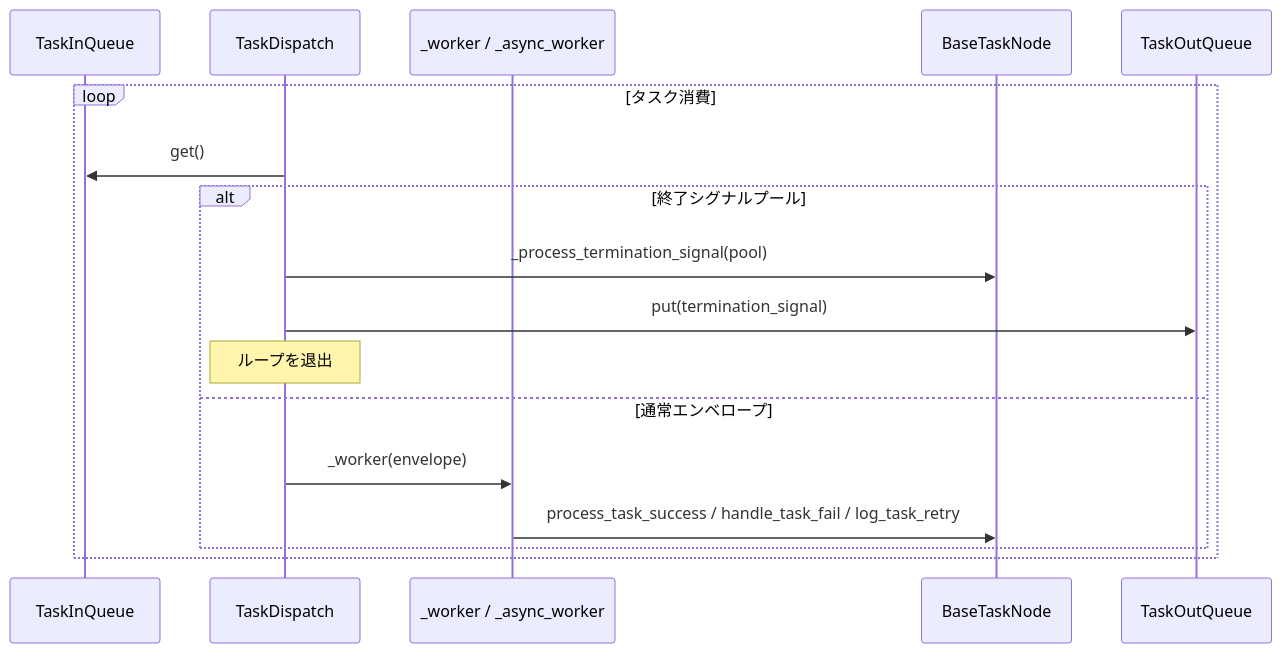
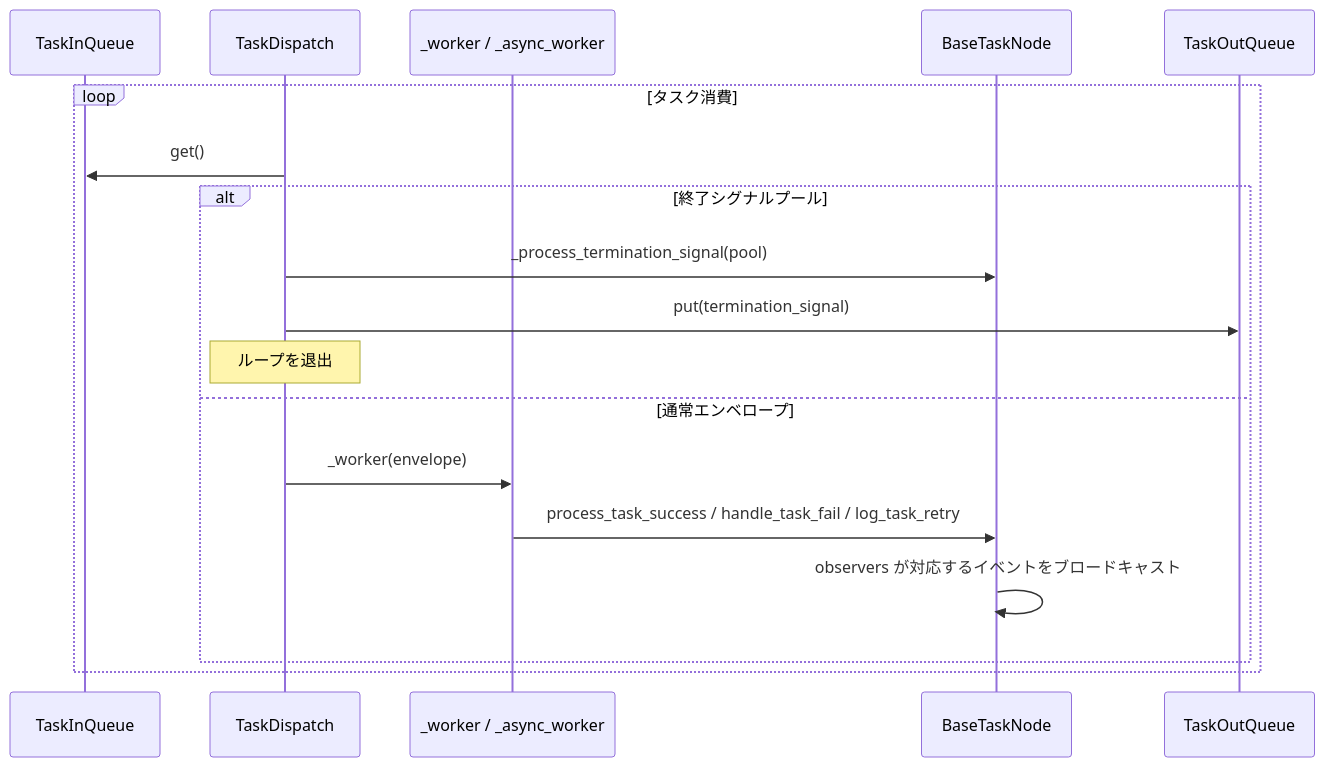
Before and after one commit to Mr-xiaotian/CelestialFlow: the first of 2 diagrams in docs/ja/src/node/core_dispatch.md, drawn with Mermaid. The commit also changed other lines of this file and 157 other files, not shown here.

````diff
--- a/docs/ja/src/node/core_dispatch.md
+++ b/docs/ja/src/node/core_dispatch.md
@@ -112,20 +142,21 @@
 ```mermaid
 sequenceDiagram
     participant Q as TaskInQueue
     participant D as TaskDispatch
     participant W as _worker / _async_worker
     participant N as BaseTaskNode
     participant R as TaskOutQueue
 
     loop タスク消費
         D->>Q: get()
         alt 終了シグナルプール
             D->>N: _process_termination_signal(pool)
             D->>R: put(termination_signal)
             Note over D: ループを退出
         else 通常エンベロープ
             D->>W: _worker(envelope)
             W->>N: process_task_success / handle_task_fail / log_task_retry
+            N->>N: observers が対応するイベントをブロードキャスト
         end
     end
 ```
````
